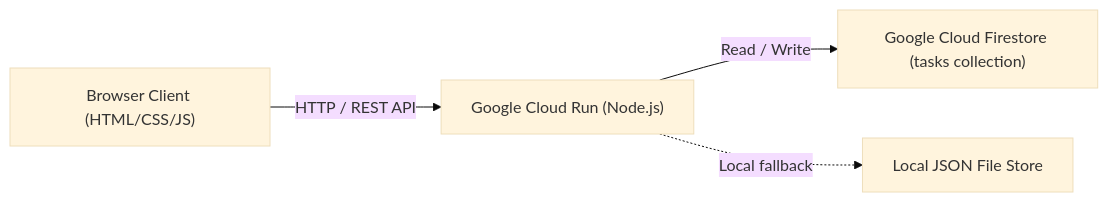
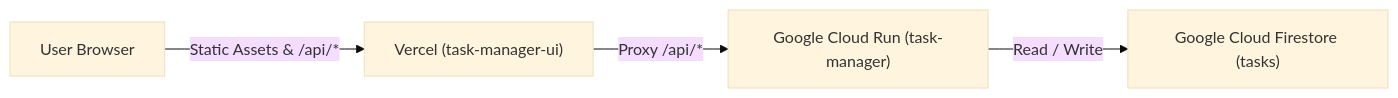
Before and after one commit to noam2030/task-manager: the diagram in SPEC.md, drawn with Mermaid (base theme). The commit also changed other lines of this file and 5 other files, not shown here.

Commit message:
Configure Vercel deployment for UI and connect to Cloud Run backend

````diff
--- a/SPEC.md
+++ b/SPEC.md
@@ -47,6 +46,6 @@
 ```mermaid
 flowchart LR
-    Browser["Browser Client (HTML/CSS/JS)"] -->|"HTTP / REST API"| CloudRun["Google Cloud Run (Node.js)"]
-    CloudRun -->|"Read / Write"| Firestore["Google Cloud Firestore (tasks collection)"]
-    CloudRun -.->|"Local fallback"| LocalStore["Local JSON File Store"]
+    Browser["User Browser"] -->|"Static Assets & /api/*"| Vercel["Vercel (task-manager-ui)"]
+    Vercel -->|"Proxy /api/*"| CloudRun["Google Cloud Run (task-manager)"]
+    CloudRun -->|"Read / Write"| Firestore["Google Cloud Firestore (tasks)"]
 ```
````
